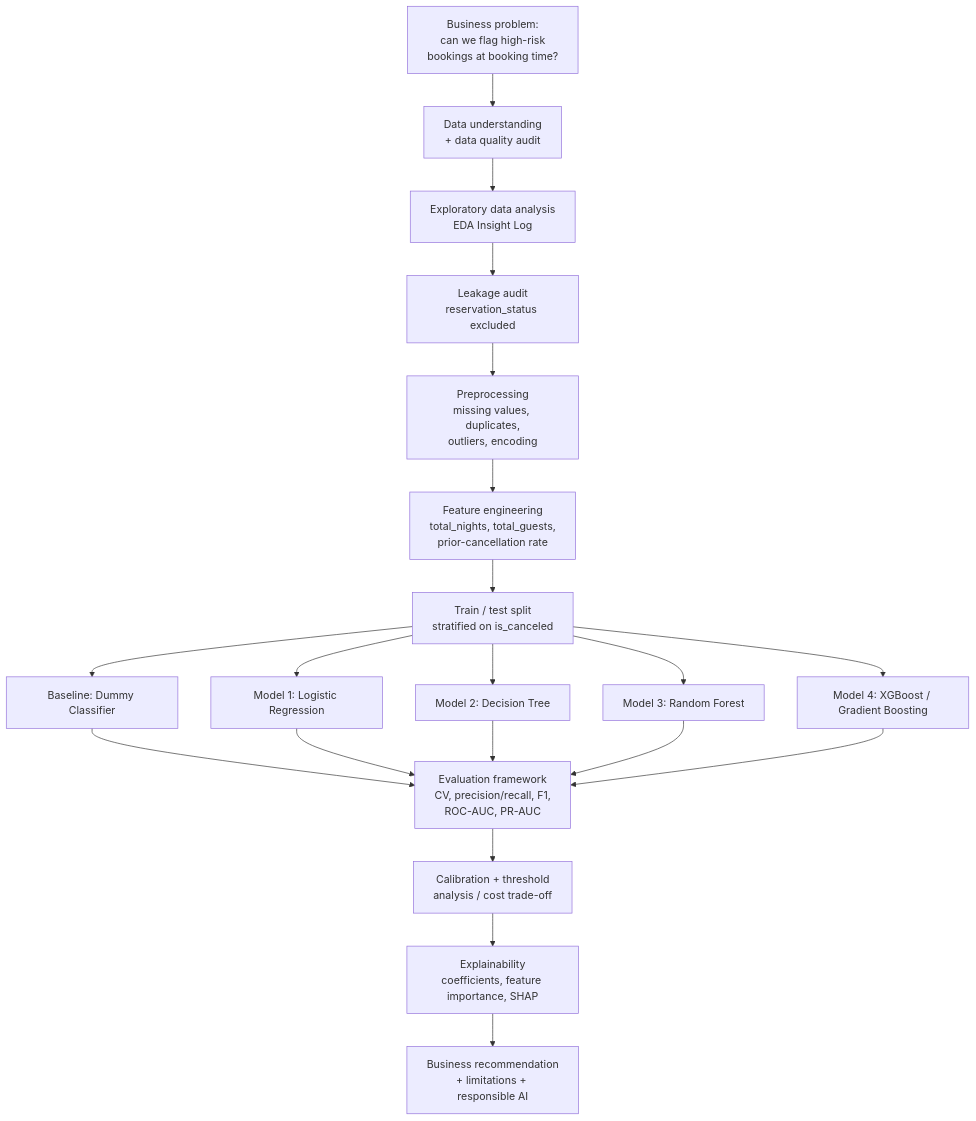
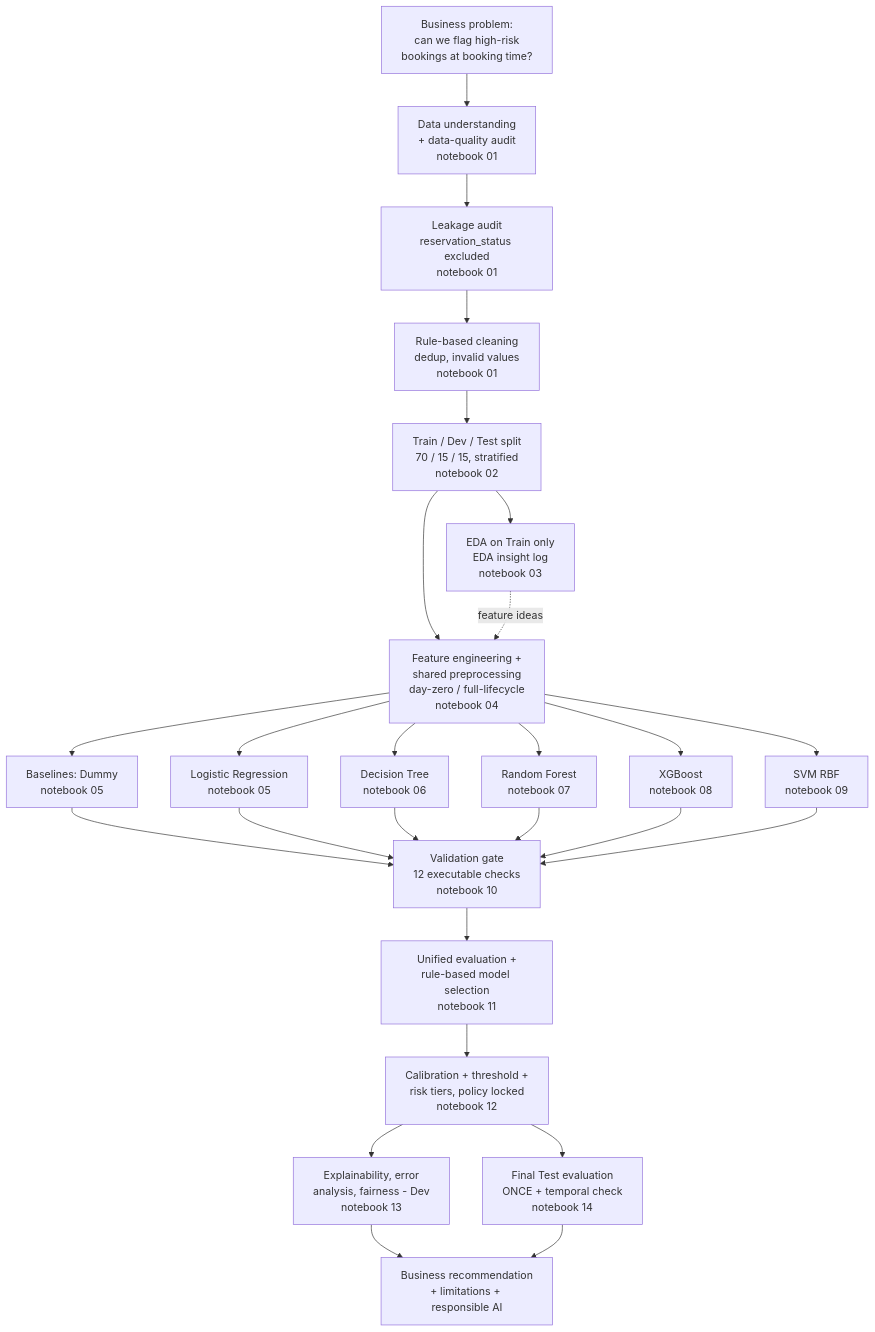
Before and after one commit to HasithaErandika/hotel-booking-cancellation-ml: the first of 3 diagrams in docs/02-workflow-and-architecture.md, drawn with Mermaid. The commit also changed other lines of this file and 80 other files, not shown here.

````diff
--- a/docs/02-workflow-and-architecture.md
+++ b/docs/02-workflow-and-architecture.md
@@ -12,22 +13,23 @@
 ```mermaid
 flowchart TD
-    A[Business problem:\ncan we flag high-risk\nbookings at booking time?] --> B[Data understanding\n+ data quality audit]
-    B --> C[Exploratory data analysis\nEDA Insight Log]
-    C --> D[Leakage audit\nreservation_status excluded]
-    D --> E[Preprocessing\nmissing values, duplicates,\noutliers, encoding]
-    E --> F[Feature engineering\ntotal_nights, total_guests,\nprior-cancellation rate]
-    F --> G[Train / test split\nstratified on is_canceled]
-    G --> H[Baseline: Dummy Classifier]
-    G --> I[Model 1: Logistic Regression]
-    G --> J[Model 2: Decision Tree]
-    G --> K[Model 3: Random Forest]
-    G --> L[Model 4: XGBoost / Gradient Boosting]
-    H --> M[Evaluation framework\nCV, precision/recall, F1,\nROC-AUC, PR-AUC]
-    I --> M
-    J --> M
-    K --> M
-    L --> M
-    M --> N[Calibration + threshold\nanalysis / cost trade-off]
-    N --> O[Explainability\ncoefficients, feature importance, SHAP]
+    A[Business problem:\ncan we flag high-risk\nbookings at booking time?] --> B[Data understanding\n+ data-quality audit\nnotebook 01]
+    B --> D[Leakage audit\nreservation_status excluded\nnotebook 01]
+    D --> E[Rule-based cleaning\ndedup, invalid values\nnotebook 01]
+    E --> G[Train / Dev / Test split\n70 / 15 / 15, stratified\nnotebook 02]
+    G --> C[EDA on Train only\nEDA insight log\nnotebook 03]
+    G --> F[Feature engineering +\nshared preprocessing\nday-zero / full-lifecycle\nnotebook 04]
+    C -.feature ideas.-> F
+    F --> H[Baselines: Dummy\nnotebook 05]
+    F --> I[Logistic Regression\nnotebook 05]
+    F --> J[Decision Tree\nnotebook 06]
+    F --> K[Random Forest\nnotebook 07]
+    F --> L[XGBoost\nnotebook 08]
+    F --> S[SVM RBF\nnotebook 09]
+    H & I & J & K & L & S --> V[Validation gate\n12 executable checks\nnotebook 10]
+    V --> M[Unified evaluation +\nrule-based model selection\nnotebook 11]
+    M --> N[Calibration + threshold +\nrisk tiers, policy locked\nnotebook 12]
+    N --> O[Explainability, error\nanalysis, fairness - Dev\nnotebook 13]
+    N --> T[Final Test evaluation\nONCE + temporal check\nnotebook 14]
     O --> P[Business recommendation\n+ limitations + responsible AI]
+    T --> P
 ```
````
